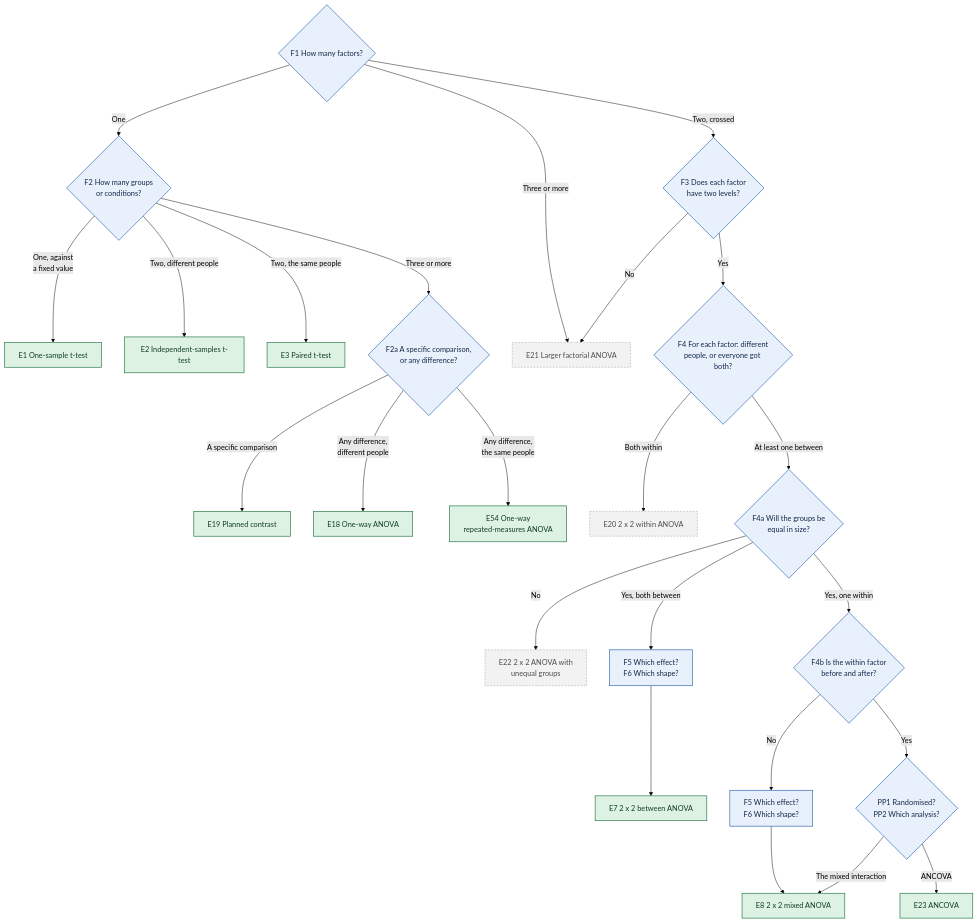
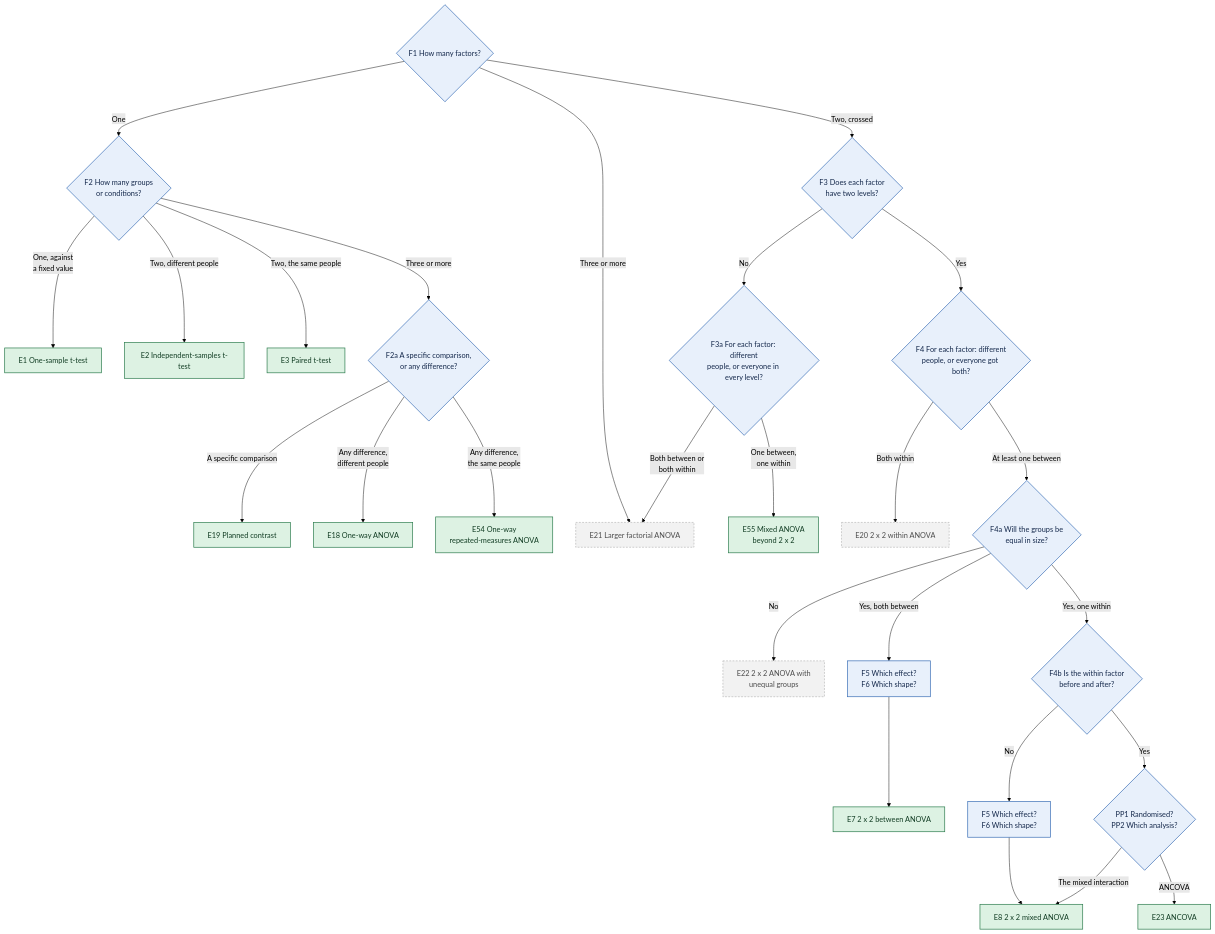
One commit to JoelThornton/Powerkit changed the fourth of 11 diagrams in docs/decision-tree.md. Above: the diagram before and after it, drawn with Mermaid (forest theme). The commit also changed other lines of this file and 34 other files, not shown here.

````diff
--- a/docs/decision-tree.md
+++ b/docs/decision-tree.md
@@ -329,35 +329,37 @@
 ```mermaid
 flowchart TD
   F1{"F1 How many factors?"}
   F1 -->|One| F2{"F2 How many groups<br/>or conditions?"}
   F2 -->|One, against<br/>a fixed value| E1["E1 One-sample t-test"]
   F2 -->|Two, different people| E2["E2 Independent-samples t-test"]
   F2 -->|Two, the same people| E3["E3 Paired t-test"]
   F2 -->|Three or more| F2a{"F2a A specific comparison,<br/>or any difference?"}
   F2a -->|A specific comparison| E19["E19 Planned contrast"]
   F2a -->|Any difference,<br/>different people| E18["E18 One-way ANOVA"]
   F2a -->|Any difference,<br/>the same people| E54["E54 One-way<br/>repeated-measures ANOVA"]
   F1 -->|Three or more| E21["E21 Larger factorial ANOVA"]
   F1 -->|Two, crossed| F3{"F3 Does each factor<br/>have two levels?"}
-  F3 -->|No| E21
+  F3 -->|No| F3a{"F3a For each factor: different<br/>people, or everyone in every level?"}
+  F3a -->|One between,<br/>one within| E55["E55 Mixed ANOVA<br/>beyond 2 x 2"]
+  F3a -->|Both between or<br/>both within| E21
   F3 -->|Yes| F4{"F4 For each factor: different<br/>people, or everyone got both?"}
   F4 -->|Both within| E20["E20 2 x 2 within ANOVA"]
   F4 -->|At least one between| F4a{"F4a Will the groups be<br/>equal in size?"}
   F4a -->|No| E22["E22 2 x 2 ANOVA with<br/>unequal groups"]
   F4a -->|Yes, both between| F5b["F5 Which effect?<br/>F6 Which shape?"]
   F5b --> E7["E7 2 x 2 between ANOVA"]
   F4a -->|Yes, one within| F4b{"F4b Is the within factor<br/>before and after?"}
   F4b -->|No| F5m["F5 Which effect?<br/>F6 Which shape?"]
   F5m --> E8["E8 2 x 2 mixed ANOVA"]
   F4b -->|Yes| PP{"PP1 Randomised?<br/>PP2 Which analysis?"}
   PP -->|The mixed interaction| E8
   PP -->|ANCOVA| E23["E23 ANCOVA"]
-  class F1,F2,F2a,F3,F4,F4a,F4b,PP,F5b,F5m q
-  class E1,E2,E3,E7,E8,E18,E19,E23,E54 avail
+  class F1,F2,F2a,F3,F3a,F4,F4a,F4b,PP,F5b,F5m q
+  class E1,E2,E3,E7,E8,E18,E19,E23,E54,E55 avail
   class E20,E21,E22 later
   classDef q fill:#E8F0FB,stroke:#3B6FB6,color:#14284B,stroke-width:1.5px
   classDef avail fill:#DDF2E3,stroke:#2E7D4F,color:#123D24,stroke-width:1.5px
   classDef spec fill:#FFF0D1,stroke:#B97A00,color:#4A3200,stroke-width:1.5px
   classDef later fill:#F2F2F2,stroke:#9A9A9A,color:#4D4D4D,stroke-width:1px,stroke-dasharray:4 3
   classDef jump fill:#FFFFFF,stroke:#3B6FB6,color:#14284B,stroke-width:1.5px,stroke-dasharray:6 3
 ```
````
